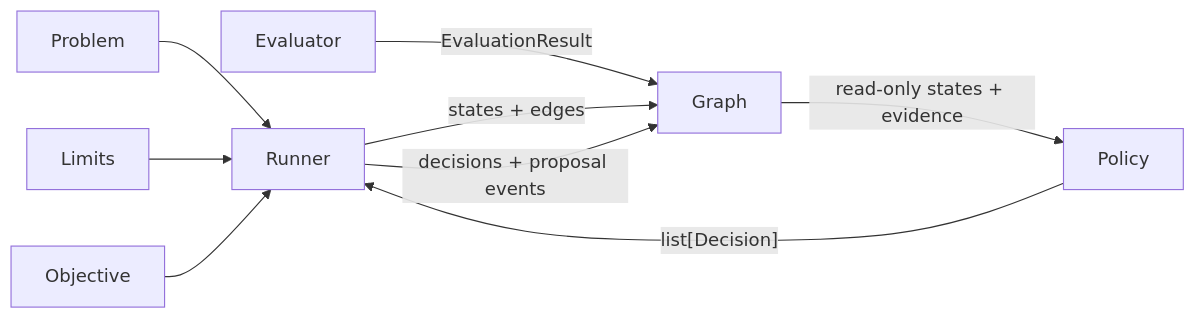
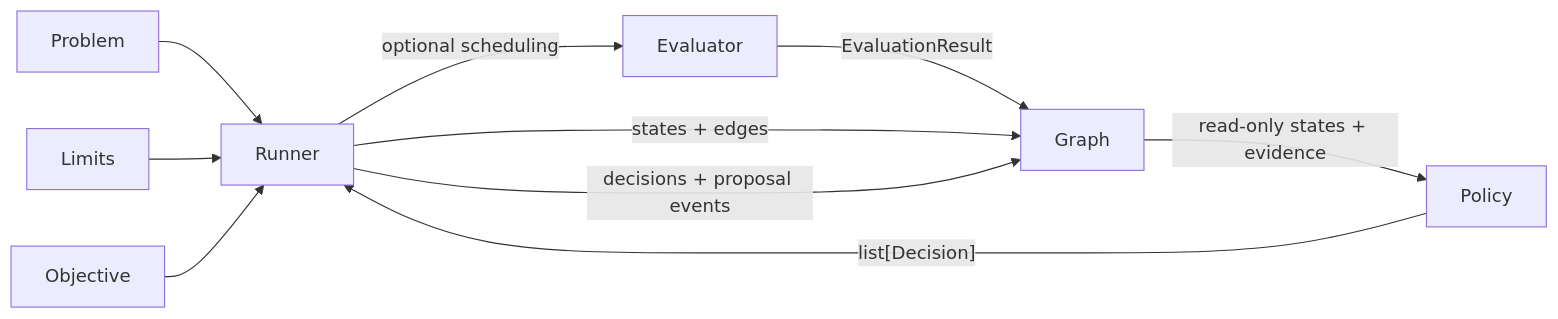
One commit to McClain-Thiel/yggdrisil changed the first of 2 diagrams in docs/architecture.md. Above: the diagram before and after it, drawn with Mermaid. The commit also changed other lines of this file and 7 other files, not shown here.

````diff
--- a/docs/architecture.md
+++ b/docs/architecture.md
@@ -7,11 +7,12 @@
 ```mermaid
 flowchart LR
   Problem --> Runner
   Policy -->|"list[Decision]"| Runner
   Graph -->|"read-only states + evidence"| Policy
   Evaluator -->|"EvaluationResult"| Graph
+  Runner -->|"optional scheduling"| Evaluator
   Runner -->|"states + edges"| Graph
   Runner -->|"decisions + proposal events"| Graph
   Limits --> Runner
   Objective --> Runner
 ```
````
